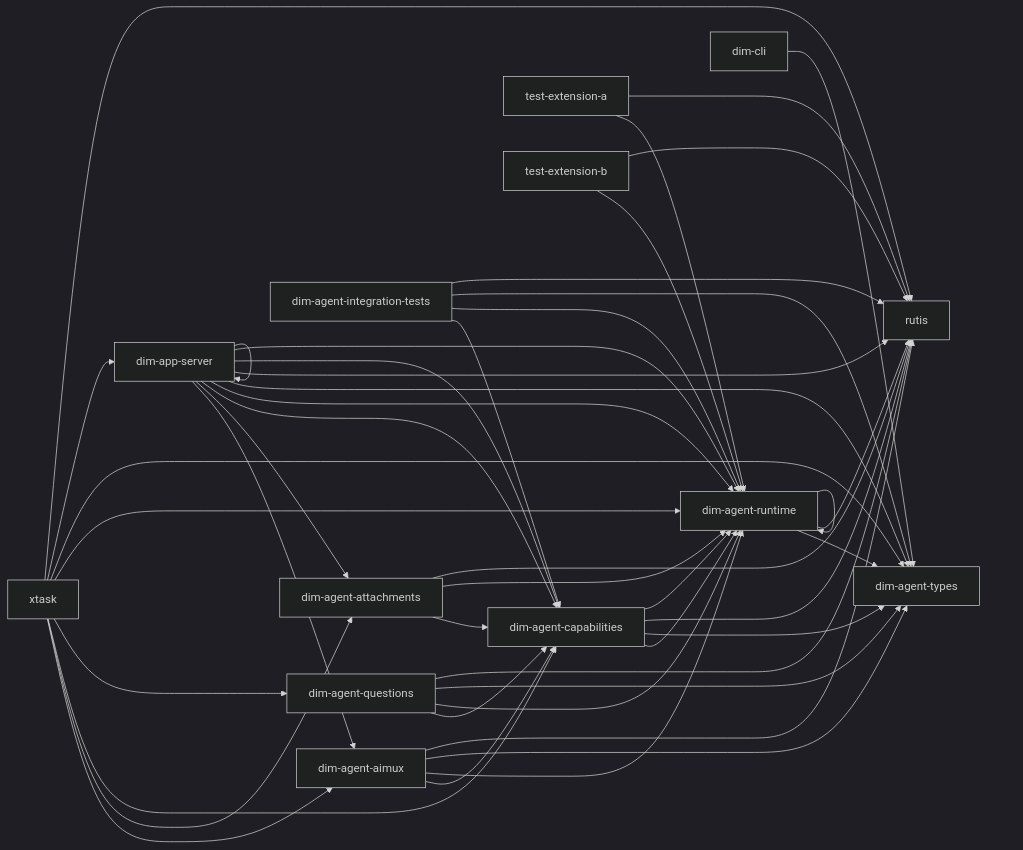
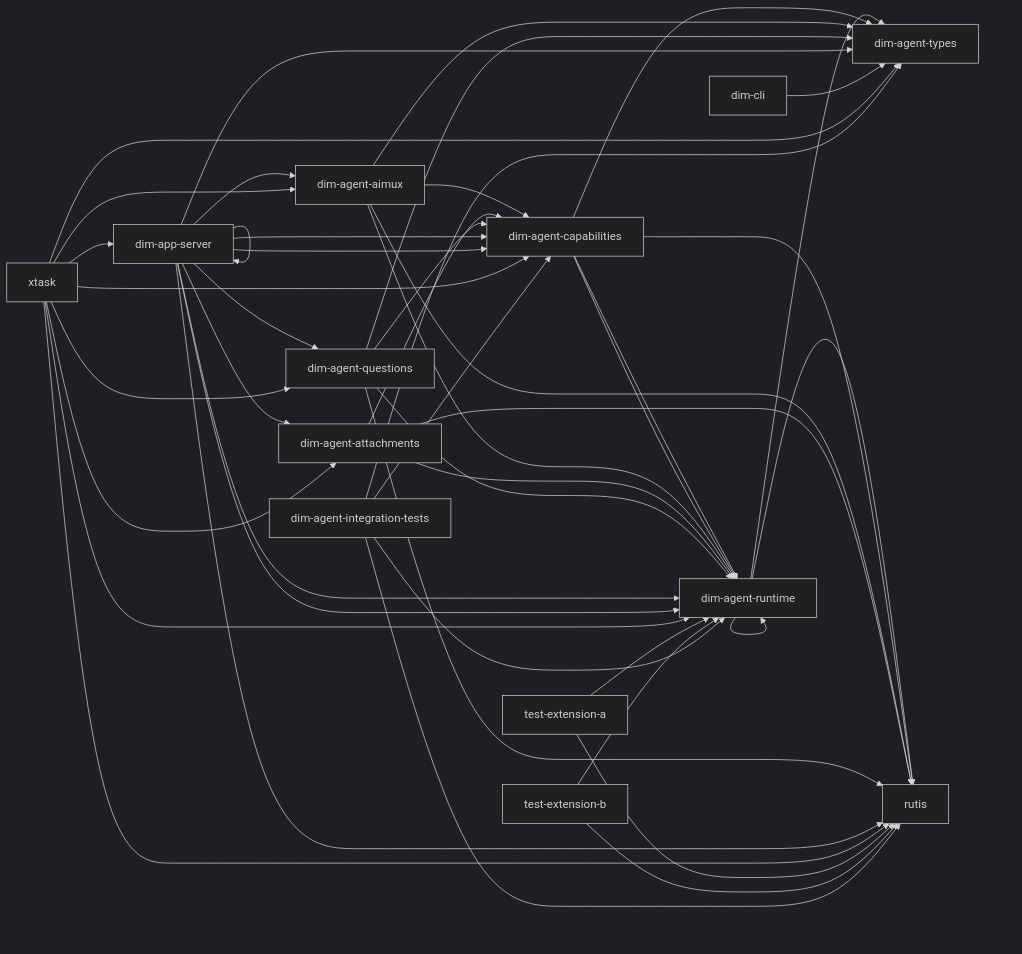
One commit to CoutinhoTTS/dim-agent changed the diagram in docs/architecture/rust-agent/generated/crates.mmd. Above: the diagram before and after it, drawn with Mermaid (dark theme). The commit also changed 11 other files, not shown here.

First line of the commit message:
feat(app-server): install Questions in the product profiles (#262)

```diff
--- a/docs/architecture/rust-agent/generated/crates.mmd
+++ b/docs/architecture/rust-agent/generated/crates.mmd
@@ -1,46 +1,47 @@
 %% Generated from cargo metadata; do not edit.
 flowchart LR
   dim_agent_runtime["dim-agent-runtime"] --> dim_agent_types["dim-agent-types"]
   dim_agent_runtime["dim-agent-runtime"] --> rutis["rutis"]
   dim_agent_runtime["dim-agent-runtime"] --> dim_agent_runtime["dim-agent-runtime"]
   dim_agent_capabilities["dim-agent-capabilities"] --> dim_agent_runtime["dim-agent-runtime"]
   dim_agent_capabilities["dim-agent-capabilities"] --> dim_agent_types["dim-agent-types"]
   dim_agent_capabilities["dim-agent-capabilities"] --> rutis["rutis"]
   dim_agent_capabilities["dim-agent-capabilities"] --> dim_agent_runtime["dim-agent-runtime"]
   dim_agent_aimux["dim-agent-aimux"] --> dim_agent_capabilities["dim-agent-capabilities"]
   dim_agent_aimux["dim-agent-aimux"] --> dim_agent_runtime["dim-agent-runtime"]
   dim_agent_aimux["dim-agent-aimux"] --> dim_agent_types["dim-agent-types"]
   dim_agent_aimux["dim-agent-aimux"] --> rutis["rutis"]
   dim_agent_attachments["dim-agent-attachments"] --> dim_agent_capabilities["dim-agent-capabilities"]
   dim_agent_attachments["dim-agent-attachments"] --> dim_agent_runtime["dim-agent-runtime"]
   dim_agent_attachments["dim-agent-attachments"] --> rutis["rutis"]
   dim_agent_questions["dim-agent-questions"] --> dim_agent_capabilities["dim-agent-capabilities"]
   dim_agent_questions["dim-agent-questions"] --> dim_agent_runtime["dim-agent-runtime"]
   dim_agent_questions["dim-agent-questions"] --> dim_agent_types["dim-agent-types"]
   dim_agent_questions["dim-agent-questions"] --> rutis["rutis"]
   dim_app_server["dim-app-server"] --> dim_agent_aimux["dim-agent-aimux"]
   dim_app_server["dim-app-server"] --> dim_agent_attachments["dim-agent-attachments"]
   dim_app_server["dim-app-server"] --> dim_agent_capabilities["dim-agent-capabilities"]
+  dim_app_server["dim-app-server"] --> dim_agent_questions["dim-agent-questions"]
   dim_app_server["dim-app-server"] --> dim_agent_runtime["dim-agent-runtime"]
   dim_app_server["dim-app-server"] --> dim_agent_types["dim-agent-types"]
   dim_app_server["dim-app-server"] --> rutis["rutis"]
   dim_app_server["dim-app-server"] --> dim_agent_capabilities["dim-agent-capabilities"]
   dim_app_server["dim-app-server"] --> dim_agent_runtime["dim-agent-runtime"]
   dim_app_server["dim-app-server"] --> dim_app_server["dim-app-server"]
   dim_cli["dim-cli"] --> dim_agent_types["dim-agent-types"]
   xtask["xtask"] --> dim_agent_aimux["dim-agent-aimux"]
   xtask["xtask"] --> dim_agent_attachments["dim-agent-attachments"]
   xtask["xtask"] --> dim_agent_capabilities["dim-agent-capabilities"]
   xtask["xtask"] --> dim_agent_questions["dim-agent-questions"]
   xtask["xtask"] --> dim_agent_runtime["dim-agent-runtime"]
   xtask["xtask"] --> dim_agent_types["dim-agent-types"]
   xtask["xtask"] --> dim_app_server["dim-app-server"]
   xtask["xtask"] --> rutis["rutis"]
   test_extension_a["test-extension-a"] --> dim_agent_runtime["dim-agent-runtime"]
   test_extension_a["test-extension-a"] --> rutis["rutis"]
   test_extension_b["test-extension-b"] --> dim_agent_runtime["dim-agent-runtime"]
   test_extension_b["test-extension-b"] --> rutis["rutis"]
   dim_agent_integration_tests["dim-agent-integration-tests"] --> dim_agent_capabilities["dim-agent-capabilities"]
   dim_agent_integration_tests["dim-agent-integration-tests"] --> dim_agent_runtime["dim-agent-runtime"]
   dim_agent_integration_tests["dim-agent-integration-tests"] --> dim_agent_types["dim-agent-types"]
   dim_agent_integration_tests["dim-agent-integration-tests"] --> rutis["rutis"]
```
